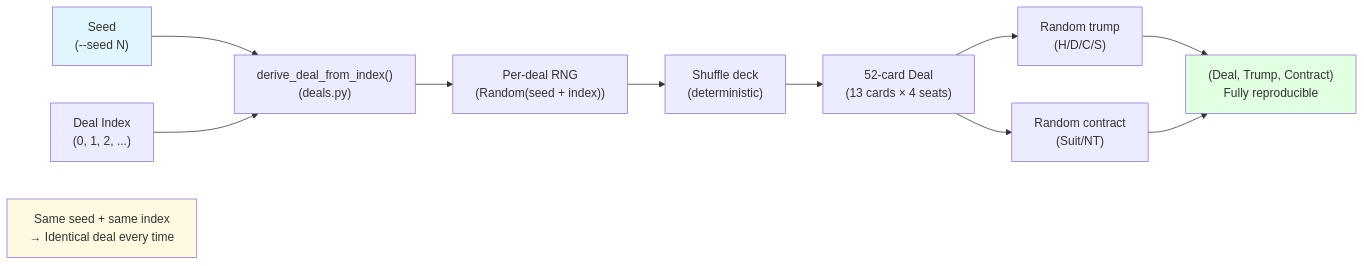
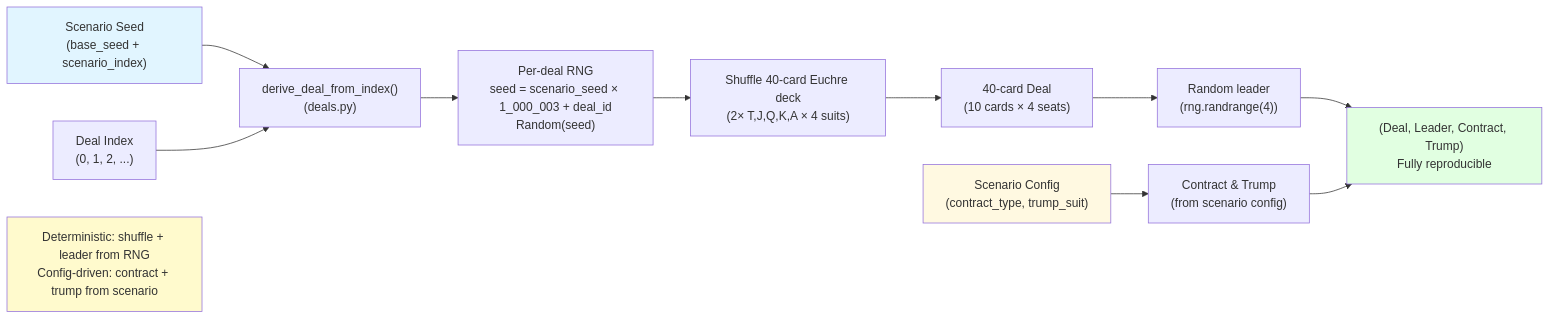
The seventh of 8 diagrams in docs/FLOW_DIAGRAM.md (Questuart/Bid-Euchre), drawn with Mermaid before and after one commit. The commit also changed other lines of this file, not shown here.

First line of the commit message:
docs: align FLOW_DIAGRAM with current execution + artifacts

````diff
--- a/docs/FLOW_DIAGRAM.md
+++ b/docs/FLOW_DIAGRAM.md
@@ -392,25 +577,27 @@
 ```mermaid
 flowchart LR
-    Seed["Seed<br/>(--seed N)"]
+    Seed["Scenario Seed<br/>(base_seed + scenario_index)"]
     DealIndex["Deal Index<br/>(0, 1, 2, ...)"]
+    Config["Scenario Config<br/>(contract_type, trump_suit)"]
 
     Seed --> DeriveFn["derive_deal_from_index()<br/>(deals.py)"]
     DealIndex --> DeriveFn
 
-    DeriveFn --> RNG["Per-deal RNG<br/>(Random(seed + index))"]
+    DeriveFn --> RNG["Per-deal RNG<br/>seed = scenario_seed × 1_000_003 + deal_id<br/>Random(seed)"]
 
-    RNG --> Shuffle["Shuffle deck<br/>(deterministic)"]
-    Shuffle --> Deal["52-card Deal<br/>(13 cards × 4 seats)"]
+    RNG --> Shuffle["Shuffle 40-card Euchre deck<br/>(2× T,J,Q,K,A × 4 suits)"]
+    Shuffle --> Deal["40-card Deal<br/>(10 cards × 4 seats)"]
 
-    Deal --> Trump["Random trump<br/>(H/D/C/S)"]
-    Deal --> Contract["Random contract<br/>(Suit/NT)"]
+    Deal --> Leader["Random leader<br/>(rng.randrange(4))"]
+    Config --> ContractTrump["Contract & Trump<br/>(from scenario config)"]
 
-    Trump --> Output["(Deal, Trump, Contract)<br/>Fully reproducible"]
-    Contract --> Output
+    Leader --> Output["(Deal, Leader, Contract, Trump)<br/>Fully reproducible"]
+    ContractTrump --> Output
 
-    Note["Same seed + same index<br/>→ Identical deal every time"]
+    Note["Deterministic: shuffle + leader from RNG<br/>Config-driven: contract + trump from scenario"]
 
     style Seed fill:#e1f5ff
+    style Config fill:#fff9e1
     style Output fill:#e1ffe1
-    style Note fill:#fff9e1
+    style Note fill:#fffacd
 ```
````
